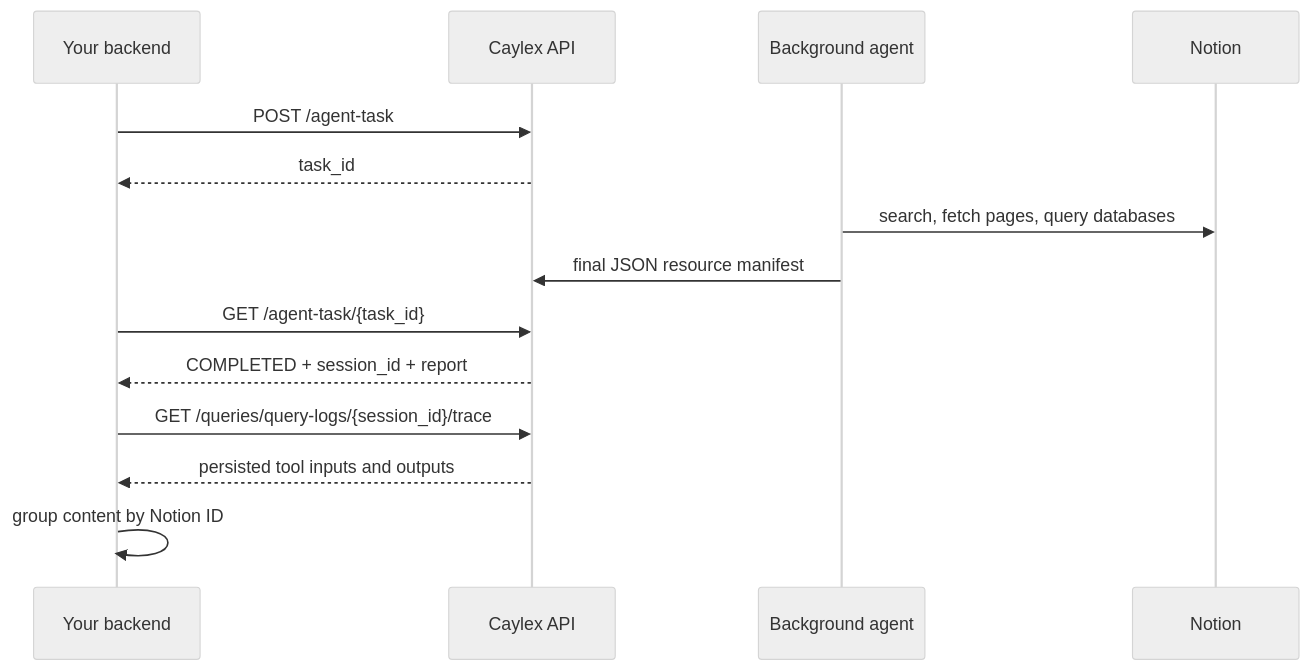
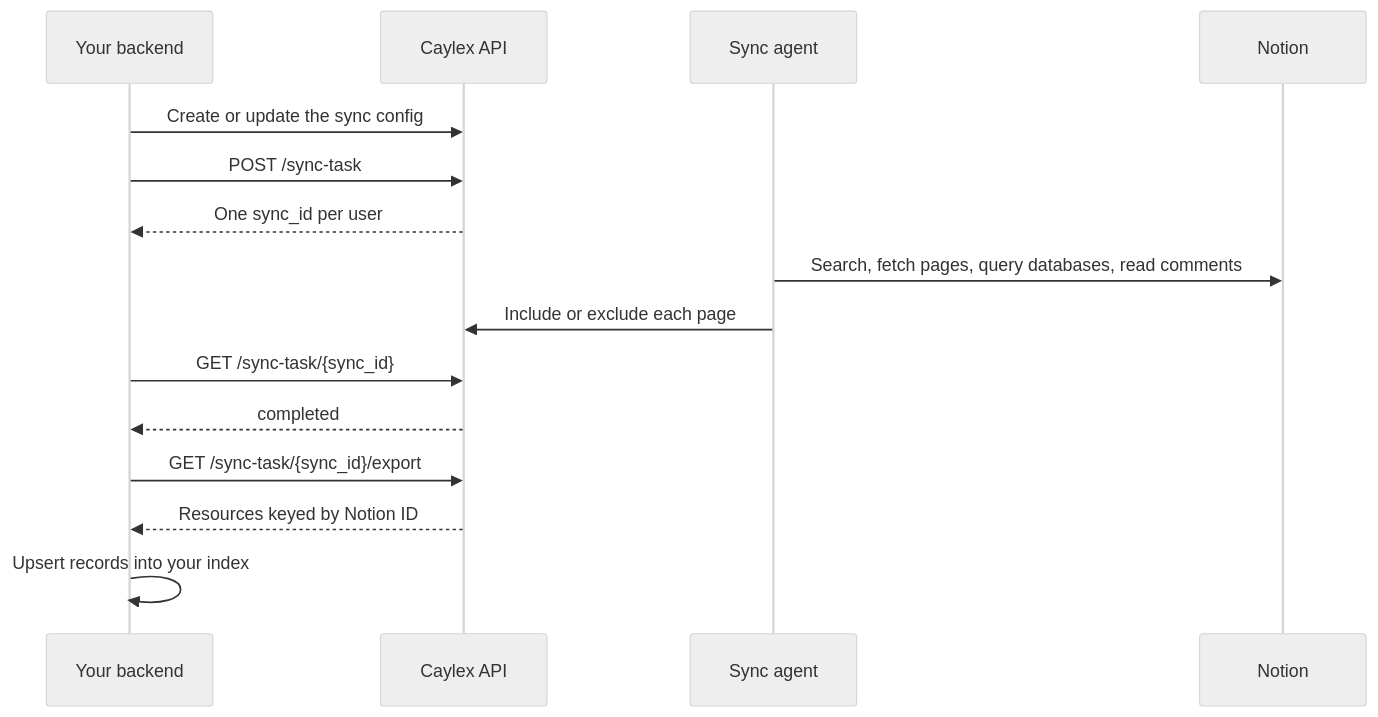
One commit to caylex-ai/caylex-developer-docs changed the diagram in cookbooks/background-agent-file-sync.mdx. Above: the diagram before and after it, drawn with Mermaid (neutral theme). The commit also changed other lines of this file and 4 other files, not shown here.

First line of the commit message:
Document Background Sync

````diff
--- a/cookbooks/background-agent-file-sync.mdx
+++ b/cookbooks/background-agent-file-sync.mdx
@@ -23,17 +15,18 @@
 ```mermaid
 sequenceDiagram
     participant App as Your backend
     participant Caylex as Caylex API
-    participant Agent as Background agent
+    participant Agent as Sync agent
     participant Notion as Notion
 
-    App->>Caylex: POST /agent-task
-    Caylex-->>App: task_id
-    Agent->>Notion: search, fetch pages, query databases
-    Agent->>Caylex: final JSON resource manifest
-    App->>Caylex: GET /agent-task/{task_id}
-    Caylex-->>App: COMPLETED + session_id + report
-    App->>Caylex: GET /queries/query-logs/{session_id}/trace
-    Caylex-->>App: persisted tool inputs and outputs
-    App->>App: group content by Notion ID
+    App->>Caylex: Create or update the sync config
+    App->>Caylex: POST /sync-task
+    Caylex-->>App: One sync_id per user
+    Agent->>Notion: Search, fetch pages, query databases, read comments
+    Agent->>Caylex: Include or exclude each page
+    App->>Caylex: GET /sync-task/{sync_id}
+    Caylex-->>App: completed
+    App->>Caylex: GET /sync-task/{sync_id}/export
+    Caylex-->>App: Resources keyed by Notion ID
+    App->>App: Upsert records into your index
 ```
````
